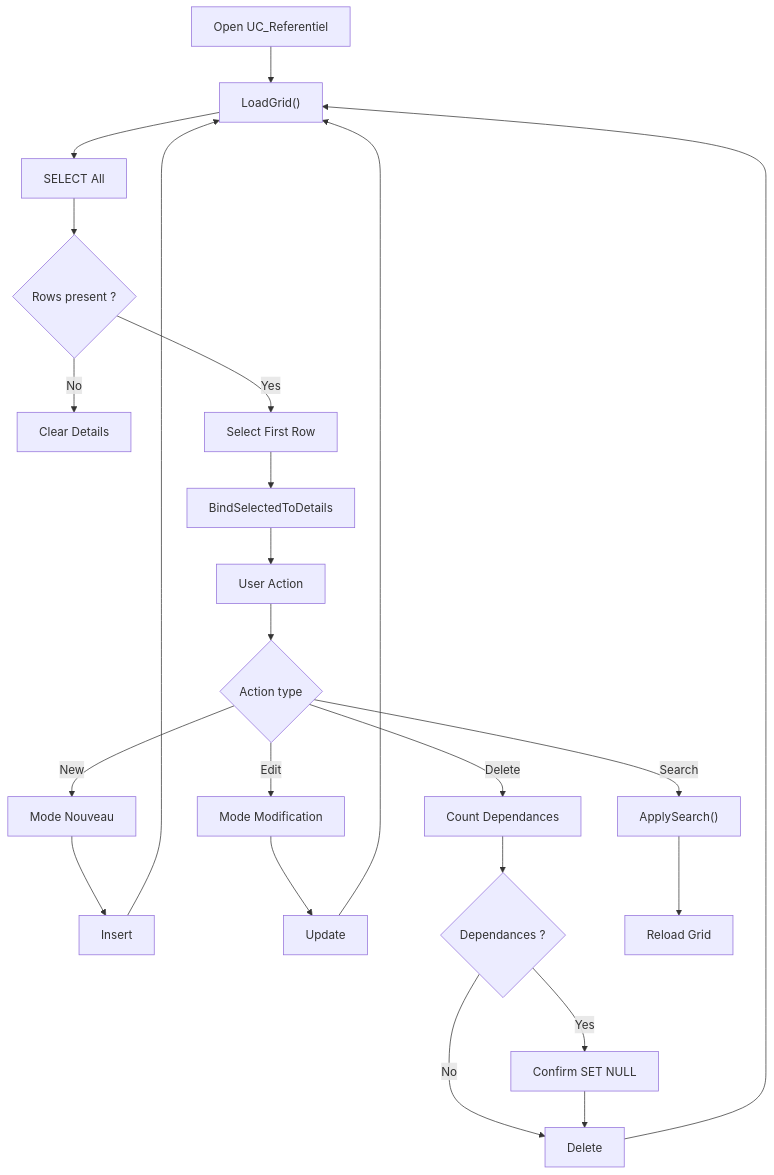
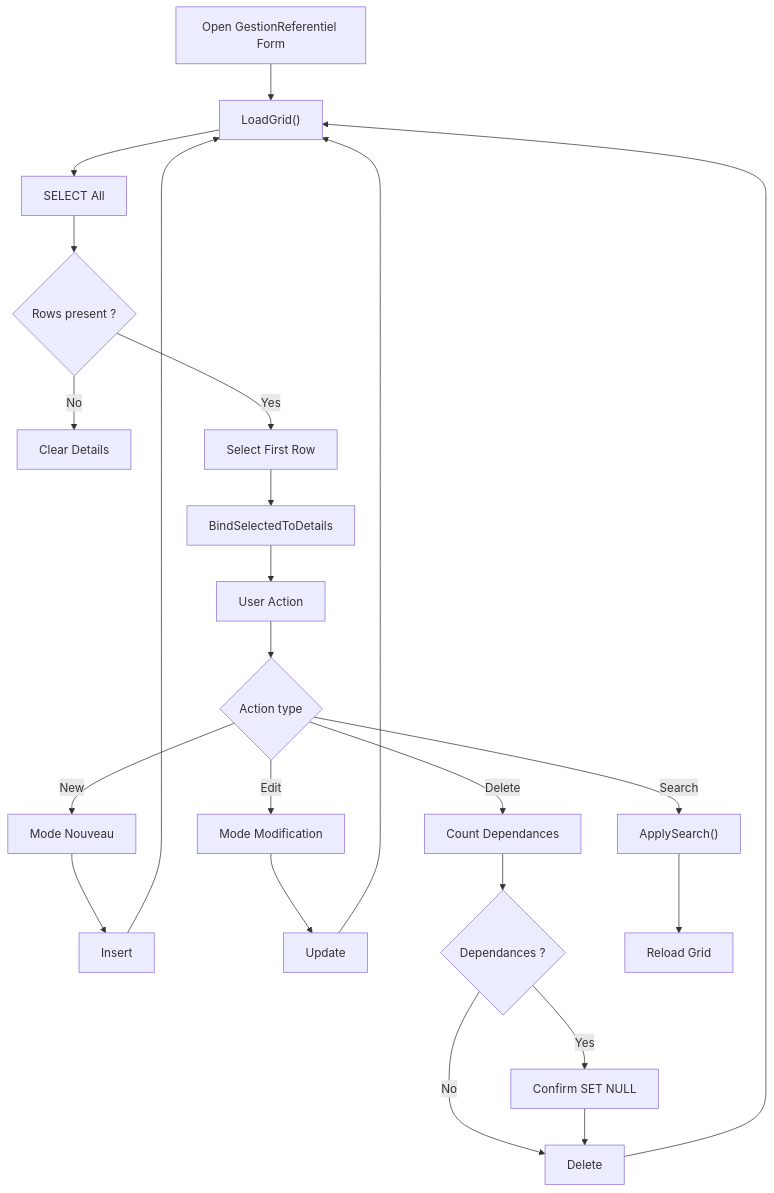
The third of 5 diagrams in Docs/Process_Artefact.md (Les-Artefacts-de-Manou/Artefact), drawn with Mermaid before and after one commit. The commit also changed other lines of this file and 84 other files, not shown here.

````diff
--- a/Docs/Process_Artefact.md
+++ b/Docs/Process_Artefact.md
@@ -582,36 +622,36 @@
 ```mermaid
 flowchart TD
-A["Open UC_Referentiel"] --> B["LoadGrid()"]
+A["Open GestionReferentiel Form"] --> B["LoadGrid()"]
 B --> C["SELECT All"]
 
 C --> D{"Rows present ?"}
 D -- No --> E["Clear Details"]
 D -- Yes --> F["Select First Row"]
 
 F --> G["BindSelectedToDetails"]
 
 G --> H["User Action"]
 
 H --> I{Action type}
 
 I -- New --> J["Mode Nouveau"]
 J --> K["Insert"]
 K --> B
 
 I -- Edit --> L["Mode Modification"]
 L --> M["Update"]
 M --> B
 
 I -- Delete --> N["Count Dependances"]
 N --> O{"Dependances ?"}
 
 O -- Yes --> P["Confirm SET NULL"]
 O -- No --> Q["Delete"]
 
 P --> Q
 Q --> B
 
 I -- Search --> R["ApplySearch()"]
 R --> S["Reload Grid"]
 
 ```
````
